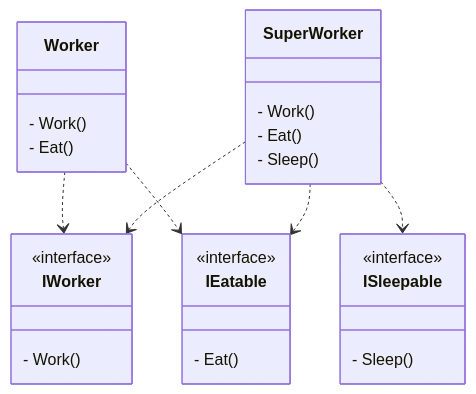
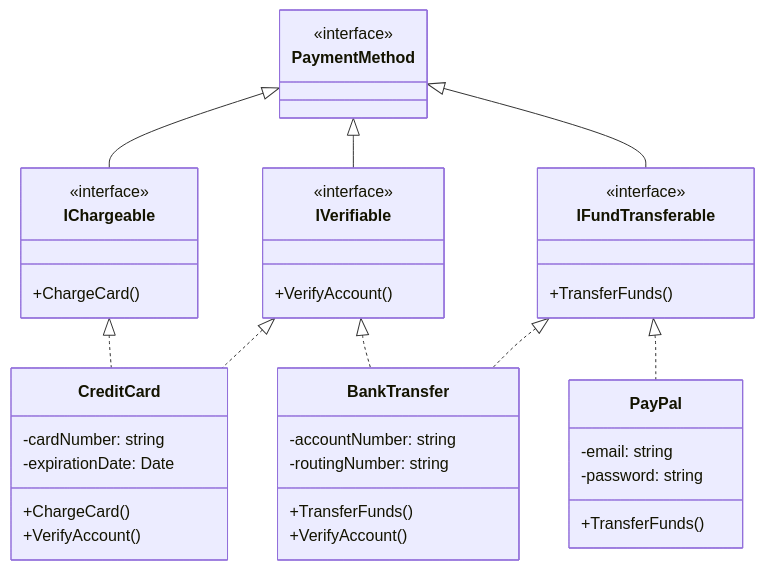
The fourth of 5 diagrams in README.md (xolghadr/SOLID), drawn with Mermaid before and after one commit. The commit also changed other lines of this file, not shown here.

````diff
--- a/README.md
+++ b/README.md
@@ -200,29 +200,53 @@
 ```mermaid
 classDiagram
-    class IWorker {
+    class PaymentMethod {
         <<interface>>
-        - Work()
     }
-    class IEatable {
+
+    class IChargeable {
         <<interface>>
-        - Eat()
+        +ChargeCard()
     }
-    class ISleepable {
+
+    class IFundTransferable {
         <<interface>>
-        - Sleep()
+        +TransferFunds()
     }
-    class Worker {
-        - Work()
-        - Eat()
+
+    class IVerifiable {
+        <<interface>>
+        +VerifyAccount()
     }
-    class SuperWorker {
-        - Work()
-        - Eat()
-        - Sleep()
+
+    class CreditCard {
+        -cardNumber: string
+        -expirationDate: Date
+        +ChargeCard()
+        +VerifyAccount()
     }
-    Worker ..> IWorker
-    Worker ..> IEatable
-    SuperWorker ..> IWorker
-    SuperWorker ..> IEatable
-    SuperWorker ..> ISleepable
+
+    class PayPal {
+        -email: string
+        -password: string
+        +TransferFunds()
+    }
+
+    class BankTransfer {
+        -accountNumber: string
+        -routingNumber: string
+        +TransferFunds()
+        +VerifyAccount()
+    }
+
+    IChargeable <|.. CreditCard
+    IVerifiable <|.. CreditCard
+
+    IVerifiable <|.. BankTransfer
+    IFundTransferable <|.. BankTransfer
+
+    IFundTransferable <|.. PayPal
+
+    PaymentMethod <|-- IChargeable
+    PaymentMethod <|-- IFundTransferable
+    PaymentMethod <|-- IVerifiable
 ```
````
